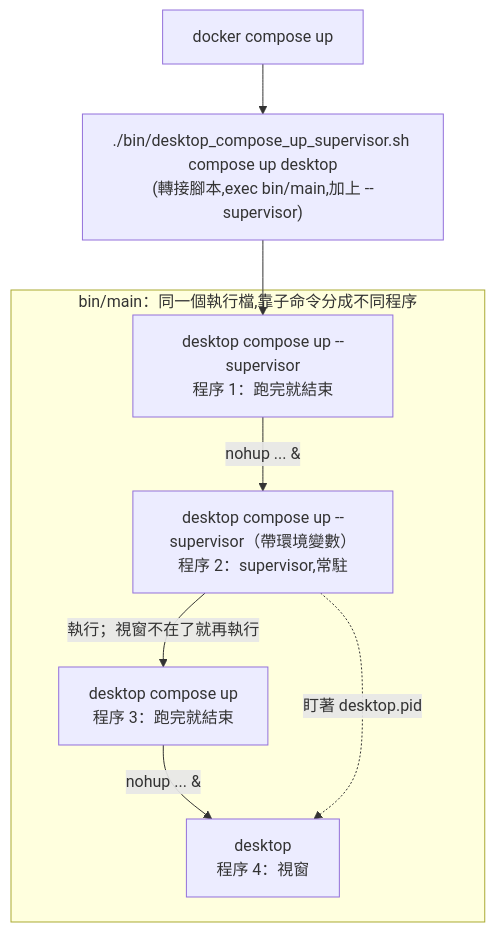
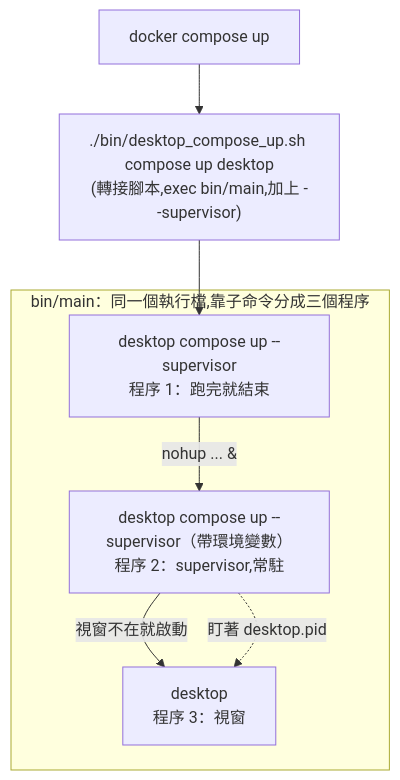
Before and after one commit to doroke7/landan-desktop-fyne: the diagram in README.md, drawn with Mermaid. The commit also changed other lines of this file and 7 other files, not shown here.

````diff
--- a/README.md
+++ b/README.md
@@ -143,17 +127,15 @@
 ```mermaid
 flowchart TD
-    A["docker compose up"] --> B["./bin/desktop_compose_up_supervisor.sh compose up desktop<br/>(轉接腳本,exec bin/main,加上 --supervisor)"]
+    A["docker compose up"] --> B["./bin/desktop_compose_up.sh compose up desktop<br/>(轉接腳本,exec bin/main,加上 --supervisor)"]
 
-    subgraph M["bin/main：同一個執行檔,靠子命令分成不同程序"]
+    subgraph M["bin/main：同一個執行檔,靠子命令分成三個程序"]
         C["desktop compose up --supervisor<br/>程序 1：跑完就結束"]
         D["desktop compose up --supervisor（帶環境變數）<br/>程序 2：supervisor,常駐"]
-        F["desktop compose up<br/>程序 3：跑完就結束"]
-        E["desktop<br/>程序 4：視窗"]
+        E["desktop<br/>程序 3：視窗"]
     end
 
     B --> C
     C -- "nohup ... &" --> D
-    D -- "執行；視窗不在了就再執行" --> F
-    F -- "nohup ... &" --> E
+    D -- "視窗不在就啟動" --> E
     D -. "盯著 desktop.pid" .-> E
 ```
````
